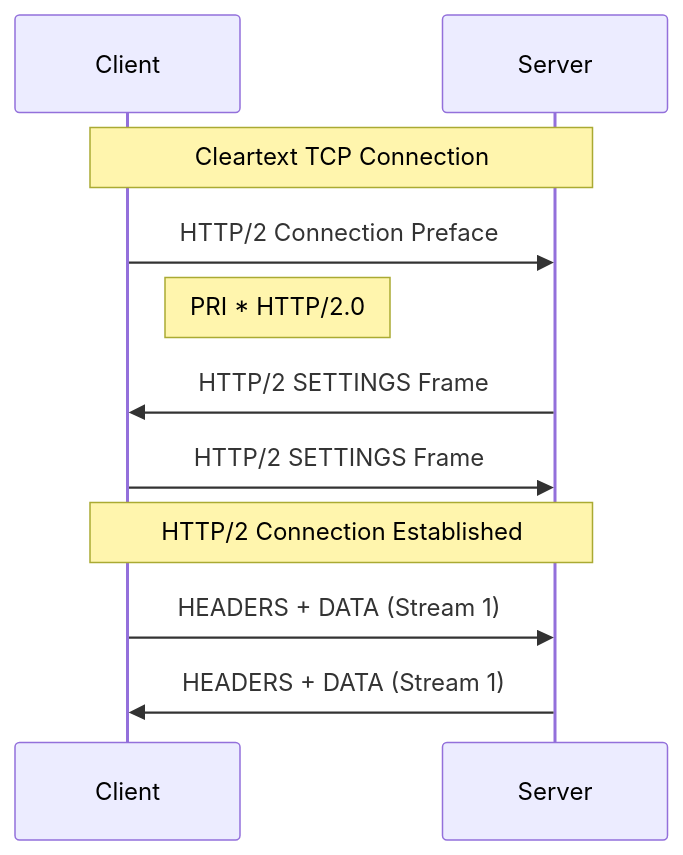
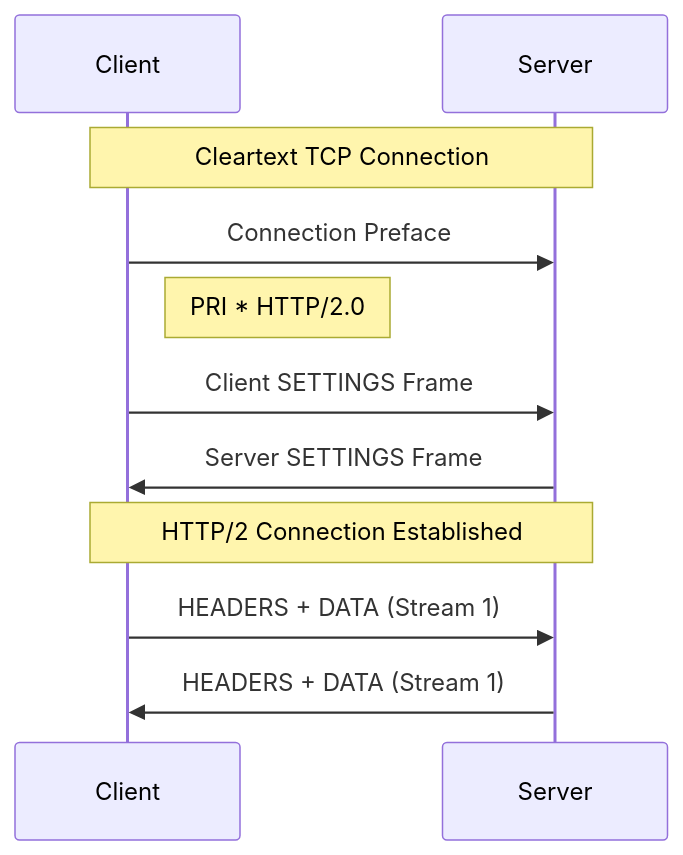
Before and after one commit to Kludex/uvicorn: the second of 3 diagrams in docs/concepts/http2.md, drawn with Mermaid. The commit also changed other lines of this file, not shown here.

Commit message:
Correct HTTP/2 docs preface frames, proxy matrix and h2c guidance

````diff
--- a/docs/concepts/http2.md
+++ b/docs/concepts/http2.md
@@ -116,18 +118,17 @@
 ```mermaid
 sequenceDiagram
     participant Client
     participant Server
 
     Note over Client,Server: Cleartext TCP Connection
 
-    Client->>Server: HTTP/2 Connection Preface
+    Client->>Server: Connection Preface
     Note right of Client: PRI * HTTP/2.0
-
-    Server->>Client: HTTP/2 SETTINGS Frame
-    Client->>Server: HTTP/2 SETTINGS Frame
+    Client->>Server: Client SETTINGS Frame
+    Server->>Client: Server SETTINGS Frame
 
     Note over Client,Server: HTTP/2 Connection Established
 
     Client->>Server: HEADERS + DATA (Stream 1)
     Server->>Client: HEADERS + DATA (Stream 1)
 ```
````
